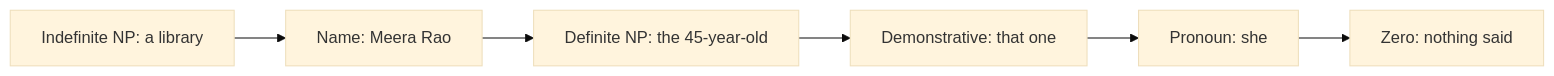
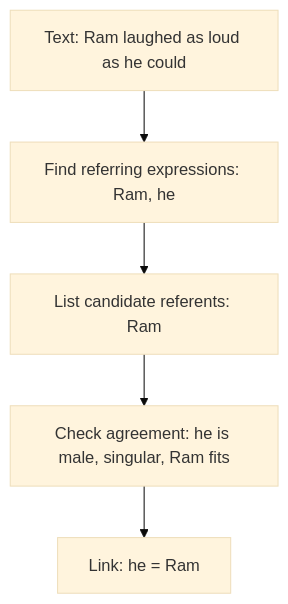
The second of 3 diagrams in content/natural-language-processing/notes/discourse-reference.mdx (TrendySloth1001/sem-seven-notes), drawn with Mermaid (base theme) before and after one commit. The commit also changed other lines of this file and 406 other files, not shown here.

````diff
--- a/content/natural-language-processing/notes/discourse-reference.mdx
+++ b/content/natural-language-processing/notes/discourse-reference.mdx
@@ -154,9 +89,8 @@
 ```mermaid
-%% caption: The referring expressions, ordered from most informative (new things) to least informative (very familiar things). The more familiar the thing, the shorter the expression. This follows the "information status" idea in Jurafsky and Martin.
-flowchart LR
-  A["Indefinite NP: a library"] --> B["Name: Meera Rao"]
-  B --> C["Definite NP: the 45-year-old"]
-  C --> D["Demonstrative: that one"]
-  D --> E["Pronoun: she"]
-  E --> F["Zero: nothing said"]
+%% caption: Reference resolution in four steps, shown on the example Ram laughed as loud as he could.
+flowchart TD
+  A["Text: Ram laughed as loud as he could"] --> B["Find referring expressions: Ram, he"]
+  B --> C["List candidate referents: Ram"]
+  C --> D["Check agreement: he is male, singular, Ram fits"]
+  D --> E["Link: he = Ram"]
 ```
````
